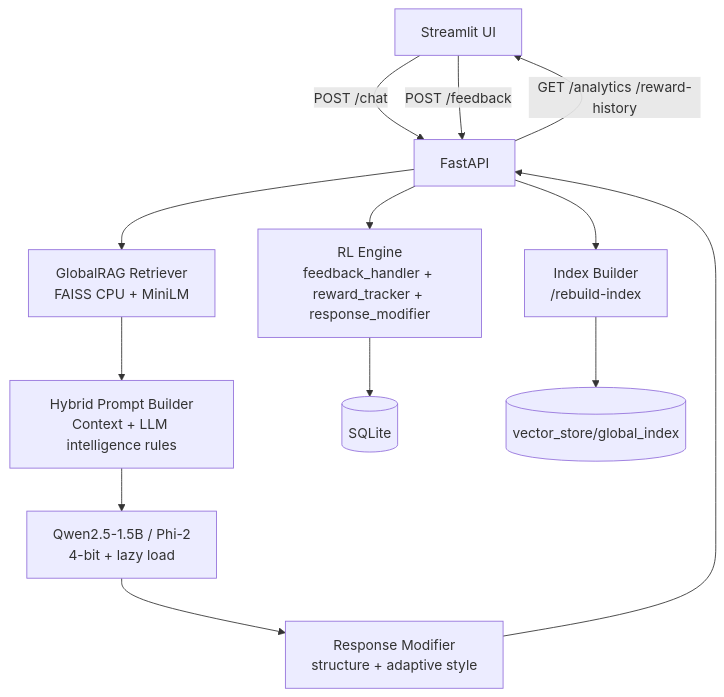
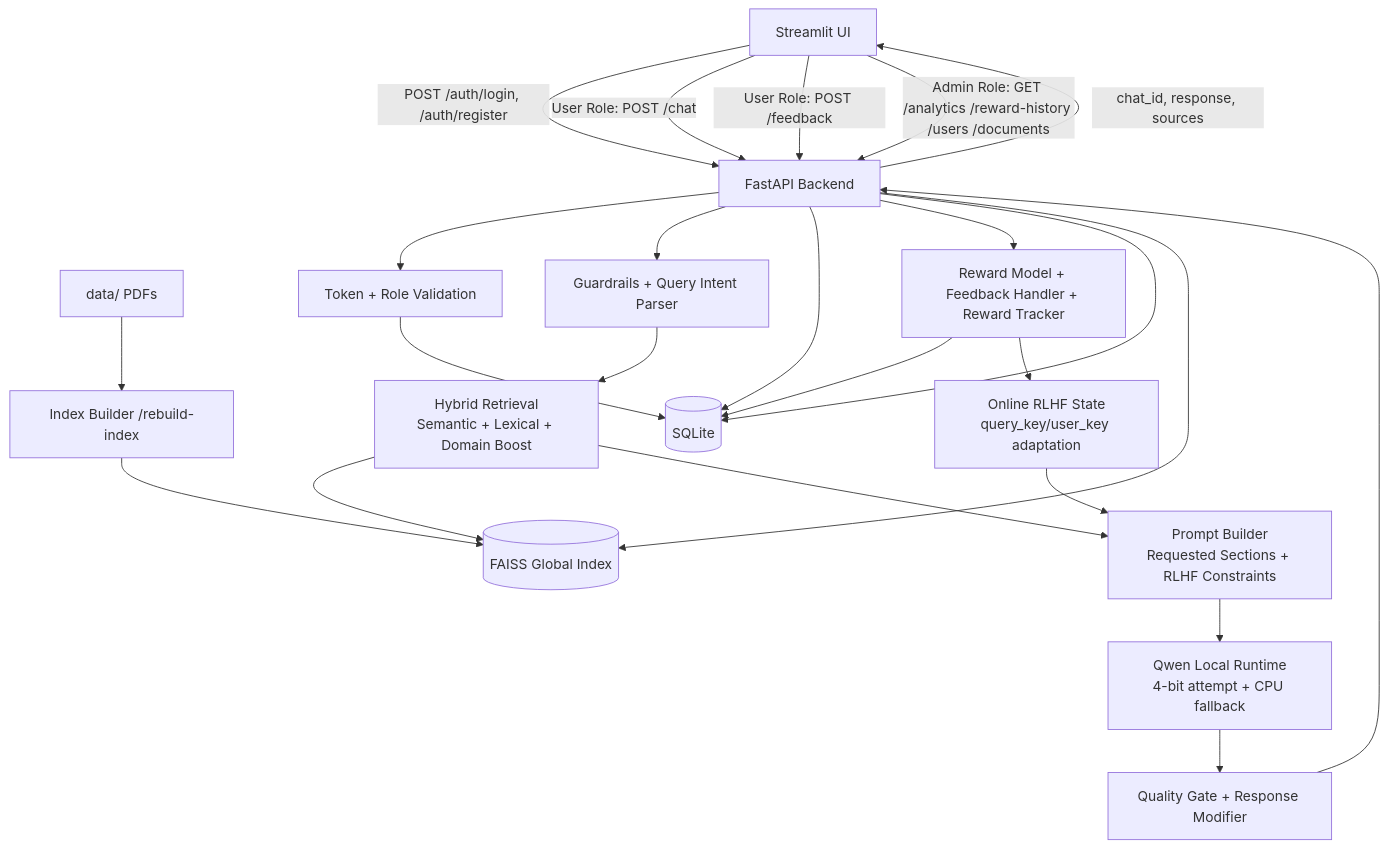
Before and after one commit to SvvNeeraj/RLHF: the diagram in README.md, drawn with Mermaid.

Commit message:
Update README architecture diagram to current project flow

````diff
--- a/README.md
+++ b/README.md
@@ -19,15 +19,36 @@
 ```mermaid
 flowchart TD
-    U[Streamlit UI] -->|POST /chat| API[FastAPI]
-    API --> RAG[GlobalRAG Retriever\nFAISS CPU + MiniLM]
-    RAG --> P[Hybrid Prompt Builder\nContext + LLM intelligence rules]
-    P --> LLM[Qwen2.5-1.5B / Phi-2\n4-bit + lazy load]
-    LLM --> RM[Response Modifier\nstructure + adaptive style]
-    RM --> API
-    U -->|POST /feedback| API
-    API --> RL[RL Engine\nfeedback_handler + reward_tracker + response_modifier]
-    RL --> DB[(SQLite)]
-    API --> IDX[Index Builder\n/rebuild-index]
-    IDX --> VS[(vector_store/global_index)]
-    API -->|GET /analytics /reward-history| U
+    UI[Streamlit UI]
+    API[FastAPI Backend]
+    DB[(SQLite)]
+    VS[(FAISS Global Index)]
+    DOC[data/ PDFs]
+
+    UI -->|POST /auth/login, /auth/register| API
+    API --> AUTH[Token + Role Validation]
+    AUTH --> DB
+
+    UI -->|User Role: POST /chat| API
+    API --> GUARD[Guardrails + Query Intent Parser]
+    GUARD --> RET[Hybrid Retrieval\nSemantic + Lexical + Domain Boost]
+    RET --> VS
+    DOC --> IDX[Index Builder /rebuild-index]
+    IDX --> VS
+
+    RET --> PROMPT[Prompt Builder\nRequested Sections + RLHF Constraints]
+    PROMPT --> LLM[Qwen Local Runtime\n4-bit attempt + CPU fallback]
+    LLM --> QC[Quality Gate + Response Modifier]
+    QC --> API
+    API -->|chat_id, response, sources| UI
+    API --> DB
+
+    UI -->|User Role: POST /feedback| API
+    API --> REWARD[Reward Model + Feedback Handler + Reward Tracker]
+    REWARD --> DB
+    REWARD --> ONLINE[Online RLHF State\nquery_key/user_key adaptation]
+    ONLINE --> PROMPT
+
+    UI -->|Admin Role: GET /analytics /reward-history /users /documents| API
+    API --> DB
+    API --> VS
 ```
````
